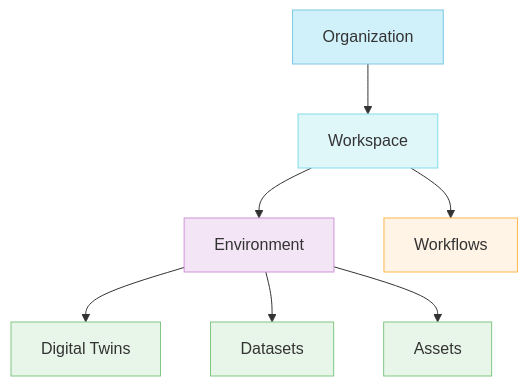
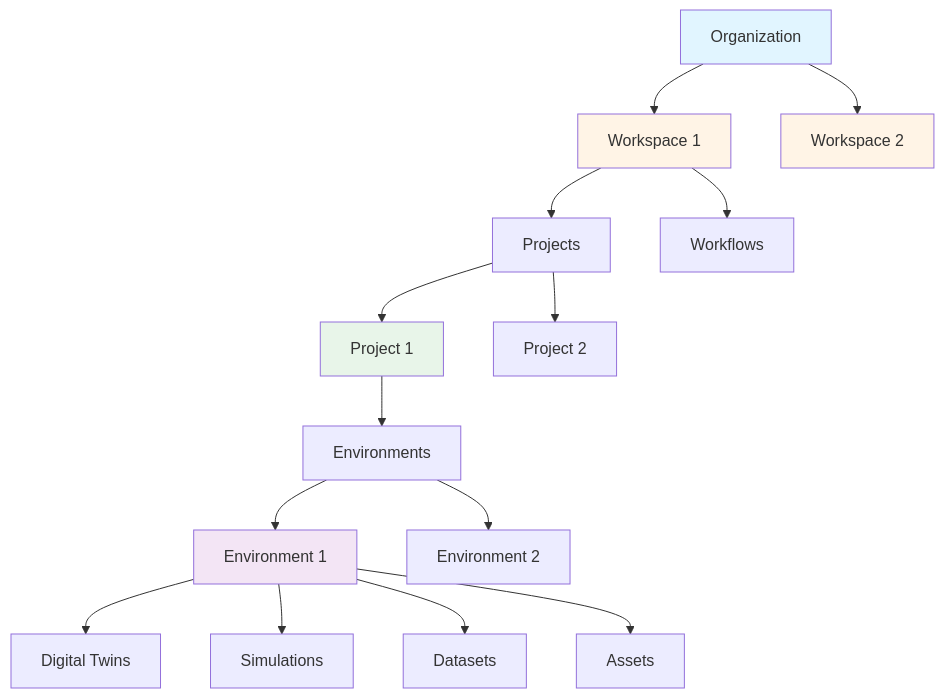
One commit to cyberwave-os/docs-mintlify changed the diagram in get-started/core-data-hierarchy.mdx. Above: the diagram before and after it, drawn with Mermaid. The commit also changed other lines of this file and 190 other files, not shown here.

````diff
--- a/get-started/core-data-hierarchy.mdx
+++ b/get-started/core-data-hierarchy.mdx
@@ -19,17 +15,27 @@
 ```mermaid
 graph TD
-    A[Organization] --> B[Workspace]
-    B --> C[Environment]
-    B --> D[Workflows]
-    C --> E[Digital Twins]
-    C --> F[Datasets]
-    C --> G[Assets]
-
-    style A fill:#d0f0fa,stroke:#7ec8e3,color:#333
-    style B fill:#e0f7fa,stroke:#80deea,color:#333
-    style C fill:#f3e5f5,stroke:#ce93d8,color:#333
-    style D fill:#fff4e6,stroke:#ffb74d,color:#333
-    style E fill:#e8f5e9,stroke:#81c784,color:#333
-    style F fill:#e8f5e9,stroke:#81c784,color:#333
-    style G fill:#e8f5e9,stroke:#81c784,color:#333
+    A[Organization] --> B[Workspace 1]
+    A --> C[Workspace 2]
+    
+    B --> D[Projects]
+    B --> E[Workflows]
+    
+    D --> F[Project 1]
+    D --> G[Project 2]
+    
+    F --> H[Environments]
+    
+    H --> I[Environment 1]
+    H --> J[Environment 2]
+    
+    I --> K[Digital Twins]
+    I --> L[Simulations]
+    I --> M[Datasets]
+    I --> N[Assets]
+    
+    style A fill:#e1f5ff
+    style B fill:#fff4e6
+    style C fill:#fff4e6
+    style F fill:#e8f5e9
+    style I fill:#f3e5f5
 ```
````
